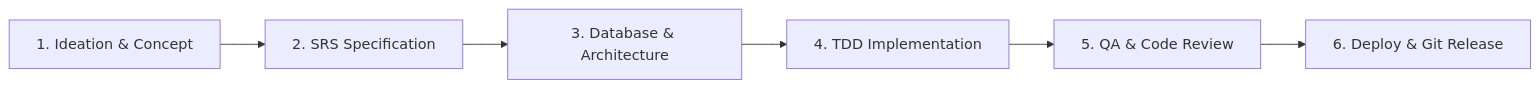
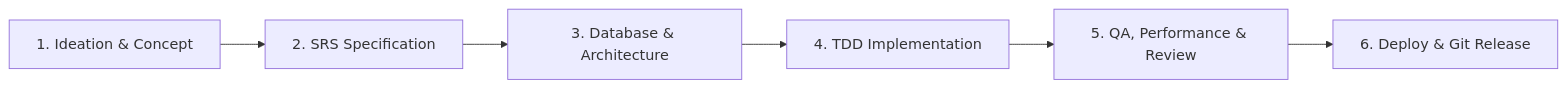
One commit to hienpham0344/Agent-kit changed the diagram in rules/AGENTS.md. Above: the diagram before and after it, drawn with Mermaid. The commit also changed other lines of this file and 3 other files, not shown here.

````diff
--- a/rules/AGENTS.md
+++ b/rules/AGENTS.md
@@ -11,8 +11,8 @@
 ```mermaid
 flowchart LR
     A["1. Ideation & Concept"] --> B["2. SRS Specification"]
     B --> C["3. Database & Architecture"]
     C --> D["4. TDD Implementation"]
-    D --> E["5. QA & Code Review"]
+    D --> E["5. QA, Performance & Review"]
     E --> F["6. Deploy & Git Release"]
 ```
````
